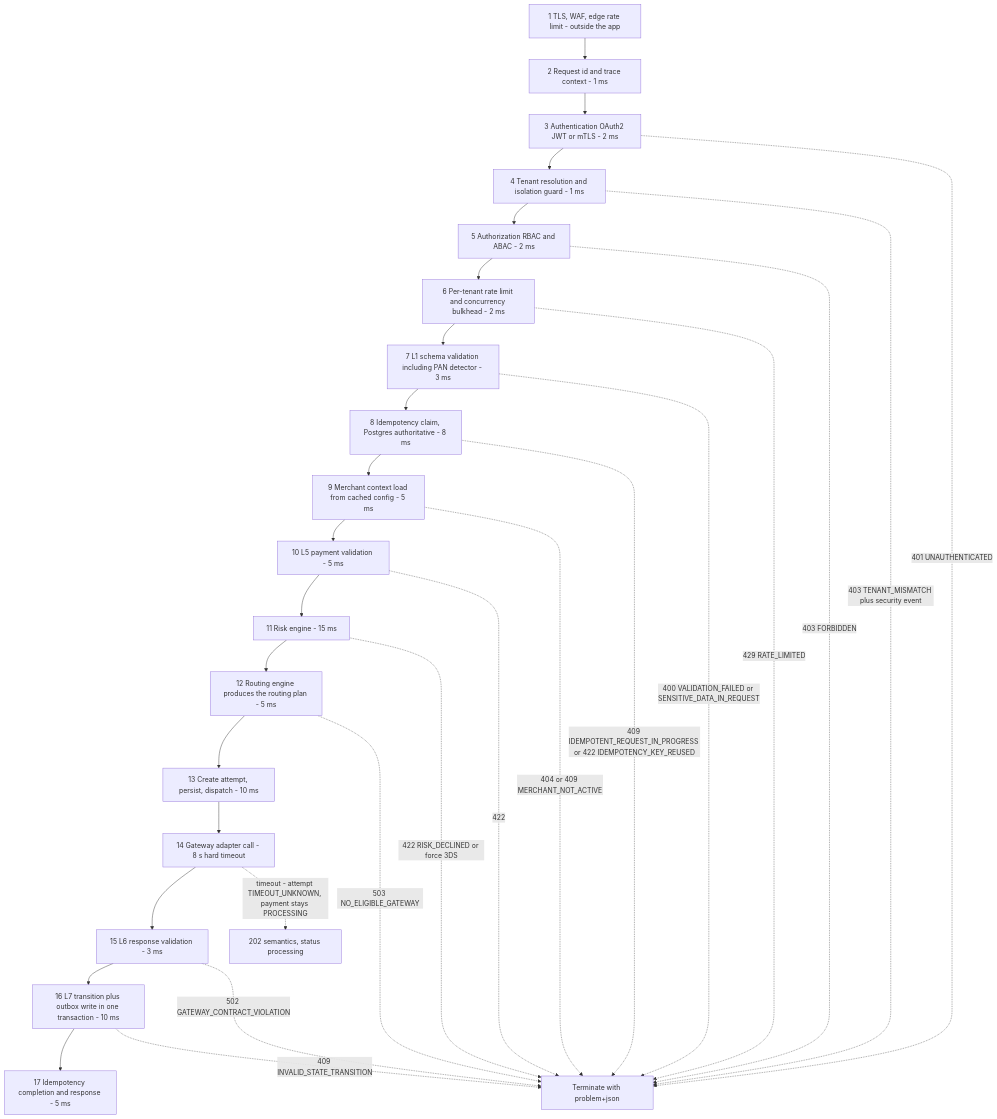
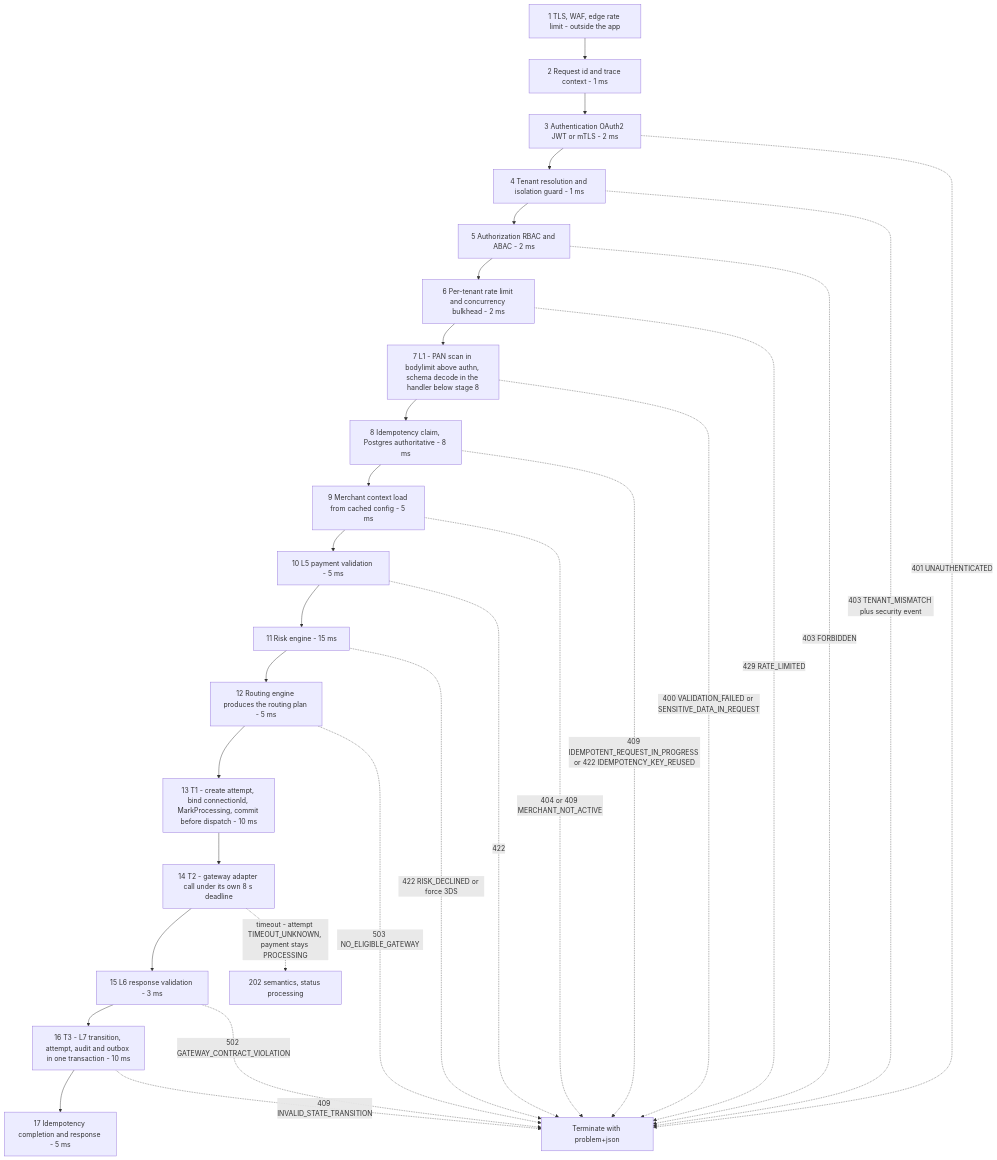
The third of 3 diagrams in docs/diagrams/06-data-plane.md (udaykishore-resu/payments-platform), drawn with Mermaid before and after one commit. The commit also changed other lines of this file and 67 other files, not shown here.

````diff
--- a/docs/diagrams/06-data-plane.md
+++ b/docs/diagrams/06-data-plane.md
@@ -74,36 +122,36 @@
 ```mermaid
 flowchart TB
   S01["1 TLS, WAF, edge rate limit - outside the app"]
   S02["2 Request id and trace context - 1 ms"]
   S03["3 Authentication OAuth2 JWT or mTLS - 2 ms"]
   S04["4 Tenant resolution and isolation guard - 1 ms"]
   S05["5 Authorization RBAC and ABAC - 2 ms"]
   S06["6 Per-tenant rate limit and concurrency bulkhead - 2 ms"]
-  S07["7 L1 schema validation including PAN detector - 3 ms"]
+  S07["7 L1 - PAN scan in bodylimit above authn, schema decode in the handler below stage 8"]
   S08["8 Idempotency claim, Postgres authoritative - 8 ms"]
   S09["9 Merchant context load from cached config - 5 ms"]
   S10["10 L5 payment validation - 5 ms"]
   S11["11 Risk engine - 15 ms"]
   S12["12 Routing engine produces the routing plan - 5 ms"]
-  S13["13 Create attempt, persist, dispatch - 10 ms"]
-  S14["14 Gateway adapter call - 8 s hard timeout"]
+  S13["13 T1 - create attempt, bind connectionId, MarkProcessing, commit before dispatch - 10 ms"]
+  S14["14 T2 - gateway adapter call under its own 8 s deadline"]
   S15["15 L6 response validation - 3 ms"]
-  S16["16 L7 transition plus outbox write in one transaction - 10 ms"]
+  S16["16 T3 - L7 transition, attempt, audit and outbox in one transaction - 10 ms"]
   S17["17 Idempotency completion and response - 5 ms"]
 
   S01 --> S02 --> S03 --> S04 --> S05 --> S06 --> S07 --> S08 --> S09 --> S10 --> S11 --> S12 --> S13 --> S14 --> S15 --> S16 --> S17
 
   S03 -.->|"401 UNAUTHENTICATED"| F["Terminate with problem+json"]
   S04 -.->|"403 TENANT_MISMATCH plus security event"| F
   S05 -.->|"403 FORBIDDEN"| F
   S06 -.->|"429 RATE_LIMITED"| F
   S07 -.->|"400 VALIDATION_FAILED or SENSITIVE_DATA_IN_REQUEST"| F
   S08 -.->|"409 IDEMPOTENT_REQUEST_IN_PROGRESS or 422 IDEMPOTENCY_KEY_REUSED"| F
   S09 -.->|"404 or 409 MERCHANT_NOT_ACTIVE"| F
   S10 -.->|"422"| F
   S11 -.->|"422 RISK_DECLINED or force 3DS"| F
   S12 -.->|"503 NO_ELIGIBLE_GATEWAY"| F
   S14 -.->|"timeout - attempt TIMEOUT_UNKNOWN, payment stays PROCESSING"| U["202 semantics, status processing"]
   S15 -.->|"502 GATEWAY_CONTRACT_VIOLATION"| F
   S16 -.->|"409 INVALID_STATE_TRANSITION"| F
 ```
````
